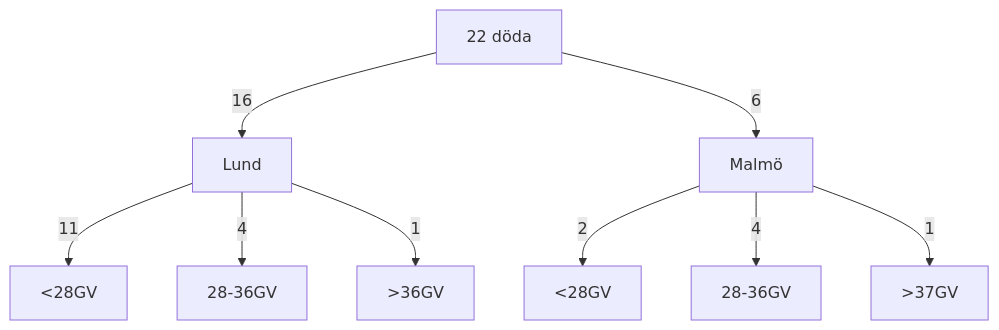
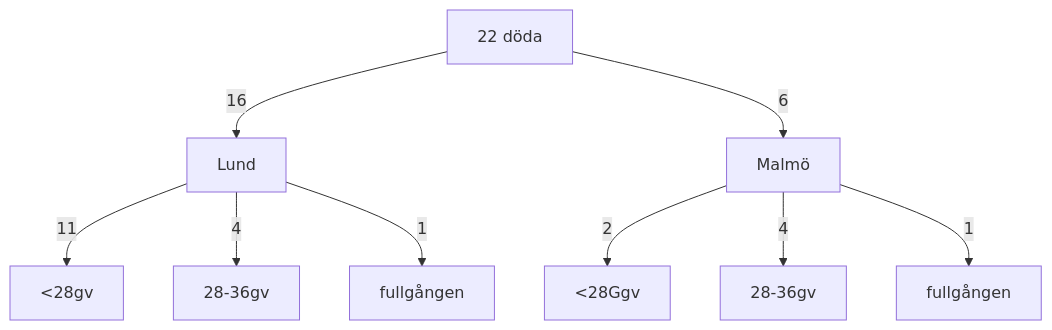
One commit to jsandblom/d22 changed the third of 7 diagrams in slides.md. Above: the diagram before and after it, drawn with Mermaid. The commit also changed other lines of this file, not shown here.

````diff
--- a/slides.md
+++ b/slides.md
@@ -89,11 +96,11 @@
 ```mermaid
 flowchart TD
     A[22 döda] -->|16| B[Lund]
     A -->|6| C[Malmö]
-    B -->|11| F[<28GV]
-    B -->|4| G[28-36GV]
-    B -->|1| H[>36GV]
-    C -->|2| D[<28GV]
-    C -->|4| E[28-36GV]
-    C -->|1| I[>37GV]
+    B -->|11| F[<28gv]
+    B -->|4| G[28-36gv]
+    B -->|1| H[fullgången]
+    C -->|2| D[<28Ggv]
+    C -->|4| E[28-36gv]
+    C -->|1| I[fullgången]
 ```
````
